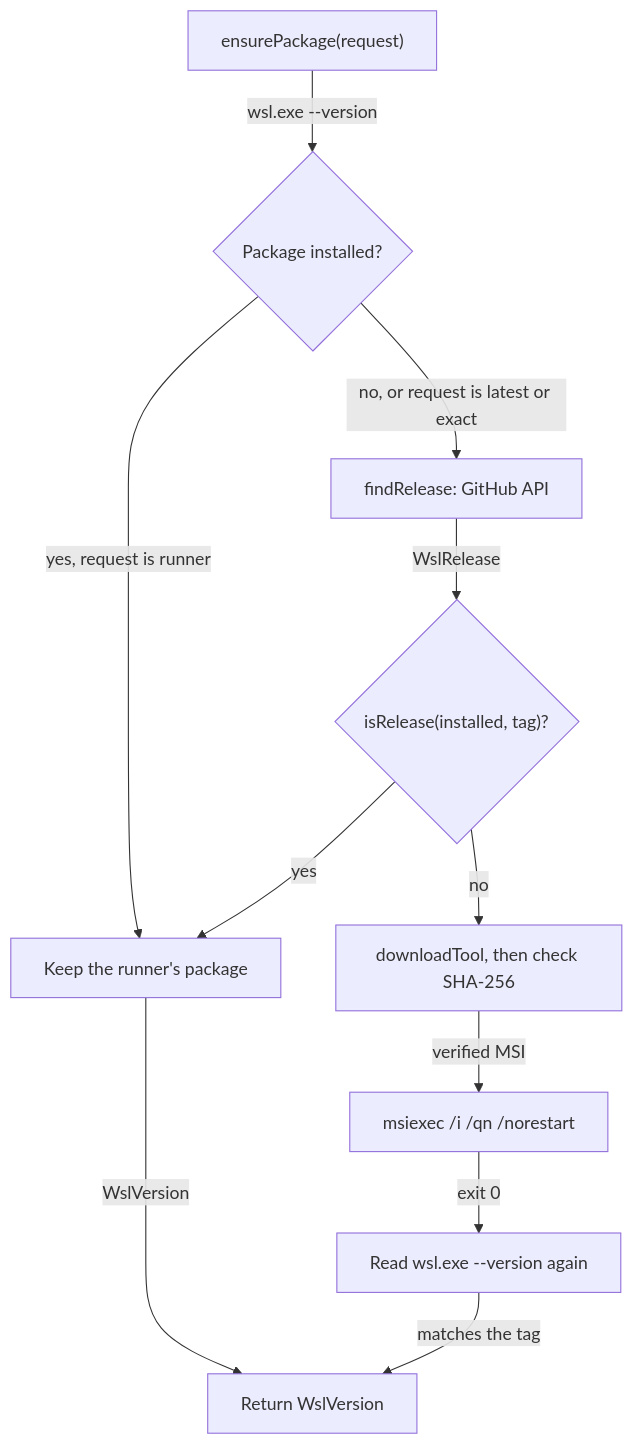
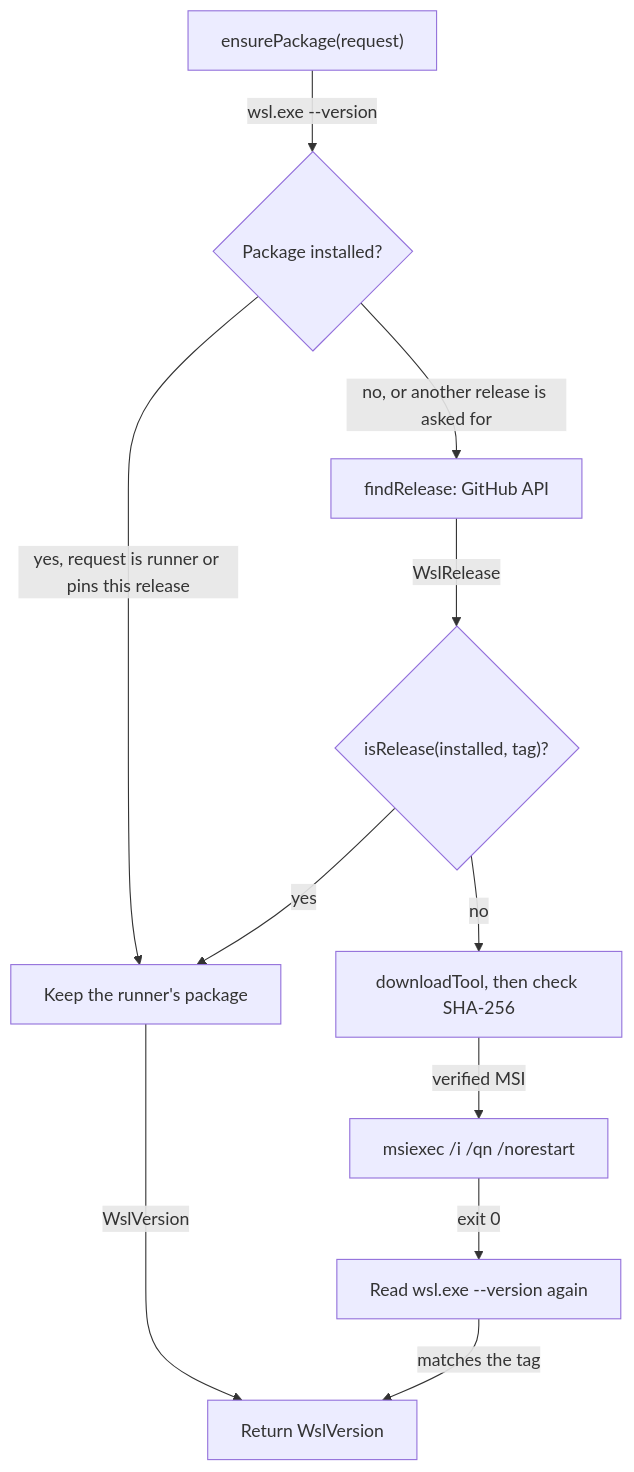
One commit to froazin/action-wsl-setup changed the diagram in docs/wsl-package.md. Above: the diagram before and after it, drawn with Mermaid. The commit also changed other lines of this file and 8 other files, not shown here.

First line of the commit message:
fix(wsl): Harden the WSL package install

````diff
--- a/docs/wsl-package.md
+++ b/docs/wsl-package.md
@@ -34,15 +34,15 @@
 ```mermaid
 flowchart TD
     accTitle: How ensurePackage decides whether to install WSL
-    accDescr: ensurePackage reads the installed package version. With an empty wsl-package-version and a package present it keeps that package. Otherwise it looks up the newest release, or the pinned one, and installs it unless the installed package is already that release. After installing it reads the version again and checks it matches.
+    accDescr: ensurePackage reads the installed package version. It keeps that package when wsl-package-version is empty or pins the release that's installed. Otherwise it looks up the newest release, or the pinned one, and installs it unless the installed package is already that release. After installing it reads the version again and checks it matches.
     start["ensurePackage(request)"] -->|"wsl.exe --version"| installed{"Package installed?"}
-    installed -->|"yes, request is runner"| keep["Keep the runner's package"]
-    installed -->|"no, or request is latest or exact"| lookup["findRelease: GitHub API"]
+    installed -->|"yes, request is runner or pins this release"| keep["Keep the runner's package"]
+    installed -->|"no, or another release is asked for"| lookup["findRelease: GitHub API"]
     lookup -->|"WslRelease"| same{"isRelease(installed, tag)?"}
     same -->|yes| keep
     same -->|no| download["downloadTool, then check SHA-256"]
     download -->|"verified MSI"| msiexec["msiexec /i /qn /norestart"]
     msiexec -->|"exit 0"| verify["Read wsl.exe --version again"]
     verify -->|"matches the tag"| done["Return WslVersion"]
     keep -->|"WslVersion"| done
 ```
````
